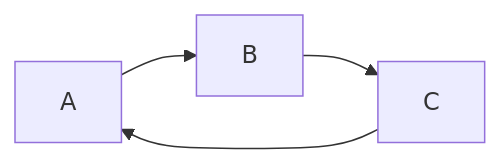
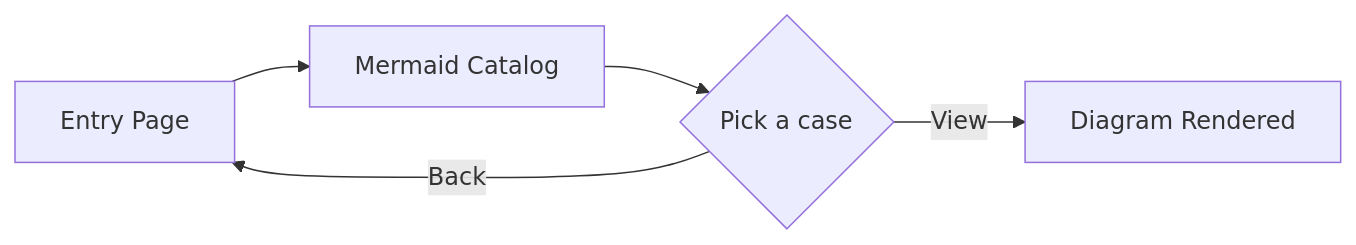
The diagram in playground/content/index.md (andy820621/nuxt-content-mermaid), drawn with Mermaid before and after one commit. The commit also changed other lines of this file and 6 other files, not shown here.

First line of the commit message:
feat(playground): enhance mermaid demo page styling

````diff
--- a/playground/content/index.md
+++ b/playground/content/index.md
@@ -7,6 +27,7 @@
 ```mermaid
 graph LR
-  A --> B
-  B --> C
-  C --> A
+  A[Entry Page] --> B[Mermaid Catalog]
+  B --> C{Pick a case}
+  C -->|View| D[Diagram Rendered]
+  C -->|Back| A
 ```
````
